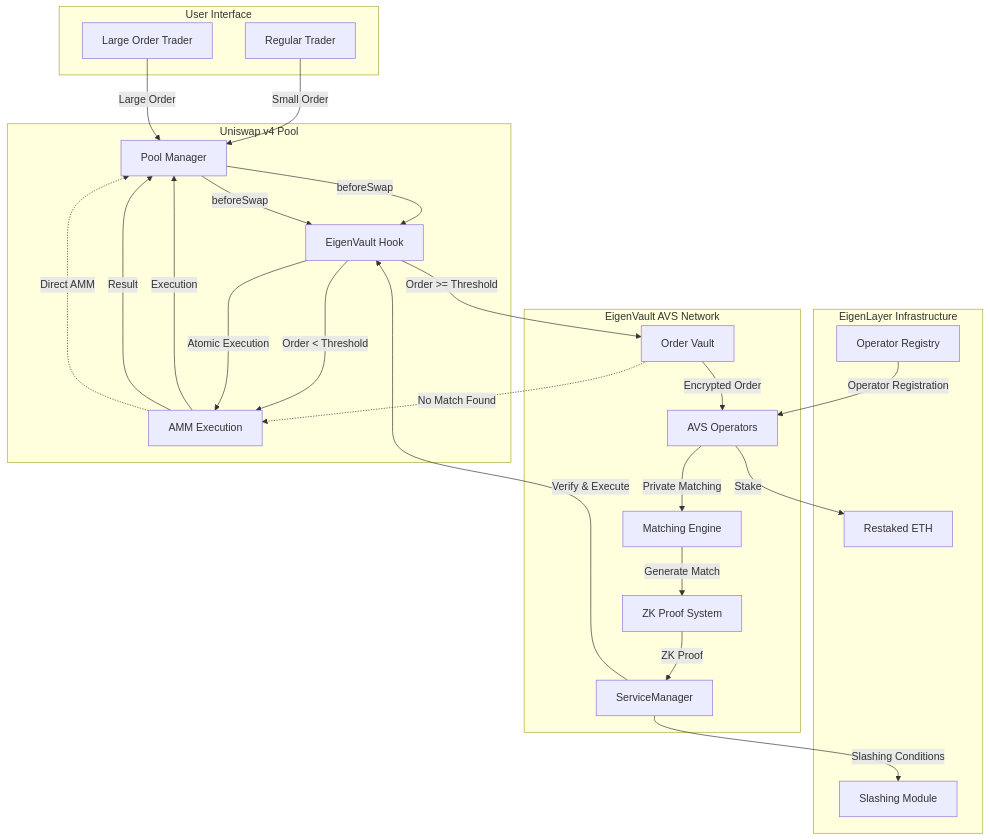
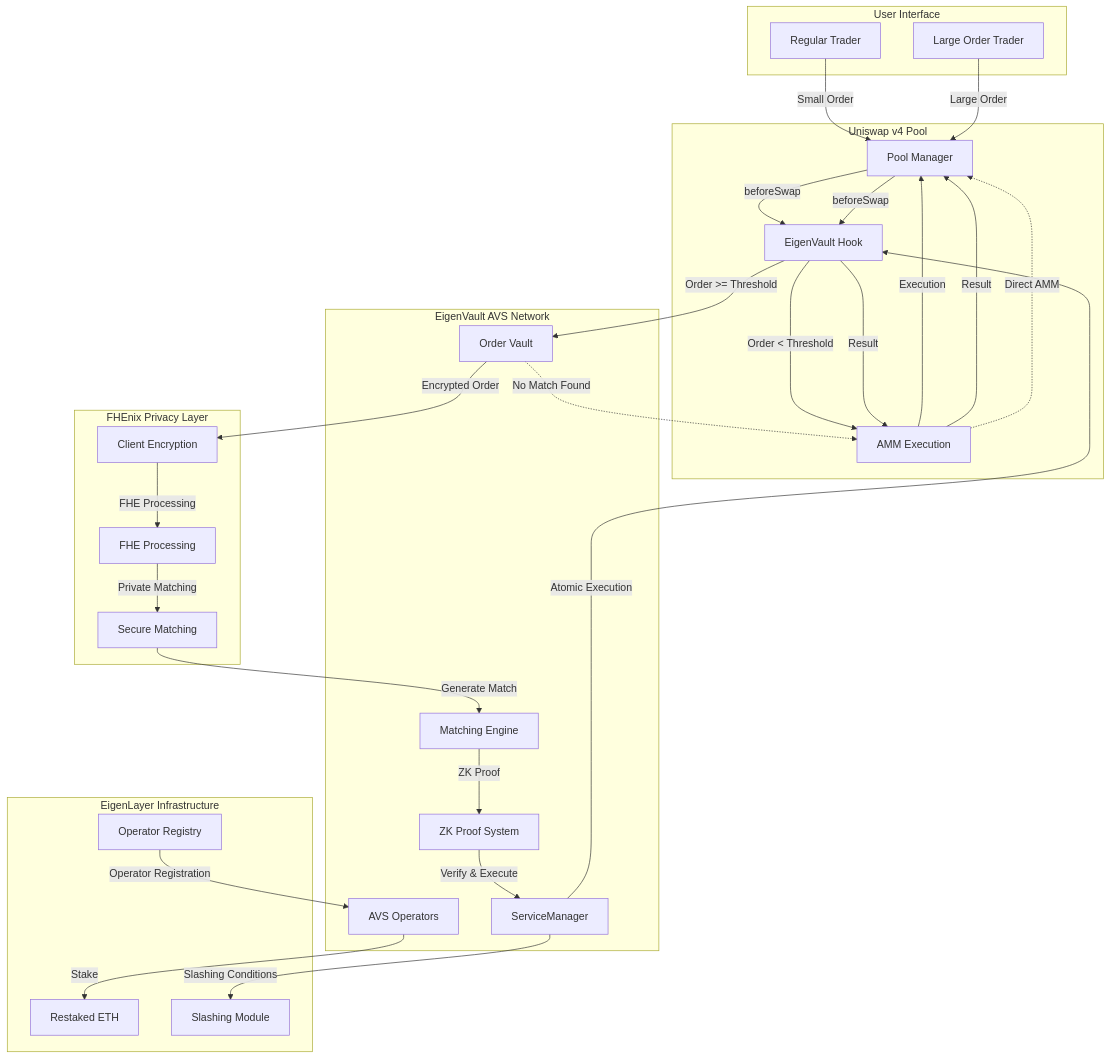
One commit to Najnomics/EigenVault changed the diagram in README.md. Above: the diagram before and after it, drawn with Mermaid. The commit also changed other lines of this file and 22 other files, not shown here.

````diff
--- a/README.md
+++ b/README.md
@@ -31,54 +44,62 @@
 ```mermaid
 graph TB
     subgraph "User Interface"
         A[Large Order Trader] 
         B[Regular Trader]
     end
     
     subgraph "Uniswap v4 Pool"
         C[Pool Manager]
         D[EigenVault Hook]
         E[AMM Execution]
     end
     
     subgraph "EigenVault AVS Network"
         F[Order Vault]
         G[AVS Operators]
         H[Matching Engine]
         I[ZK Proof System]
         J[ServiceManager]
     end
     
     subgraph "EigenLayer Infrastructure"
         K[Restaked ETH]
         L[Slashing Module]
         M[Operator Registry]
     end
     
+    subgraph "FHEnix Privacy Layer"
+        N[Client Encryption]
+        O[FHE Processing]
+        P[Secure Matching]
+    end
+    
     %% Regular flow
     B -->|Small Order| C
     C -->|beforeSwap| D
     D -->|Order < Threshold| E
     E -->|Execution| C
     
     %% Large order flow
     A -->|Large Order| C
     C -->|beforeSwap| D
     D -->|Order >= Threshold| F
-    F -->|Encrypted Order| G
-    G -->|Private Matching| H
-    H -->|Generate Match| I
-    I -->|ZK Proof| J
-    J -->|Verify & Execute| D
-    D -->|Atomic Execution| E
+    F -->|Encrypted Order| N
+    N -->|FHE Processing| O
+    O -->|Private Matching| P
+    P -->|Generate Match| H
+    H -->|ZK Proof| I
+    I -->|Verify & Execute| J
+    J -->|Atomic Execution| D
+    D -->|Result| E
     E -->|Result| C
     
     %% Fallback flow
     F -.->|No Match Found| E
     E -.->|Direct AMM| C
     
     %% Security layer
     G -->|Stake| K
     J -->|Slashing Conditions| L
     M -->|Operator Registration| G
 ```
````
